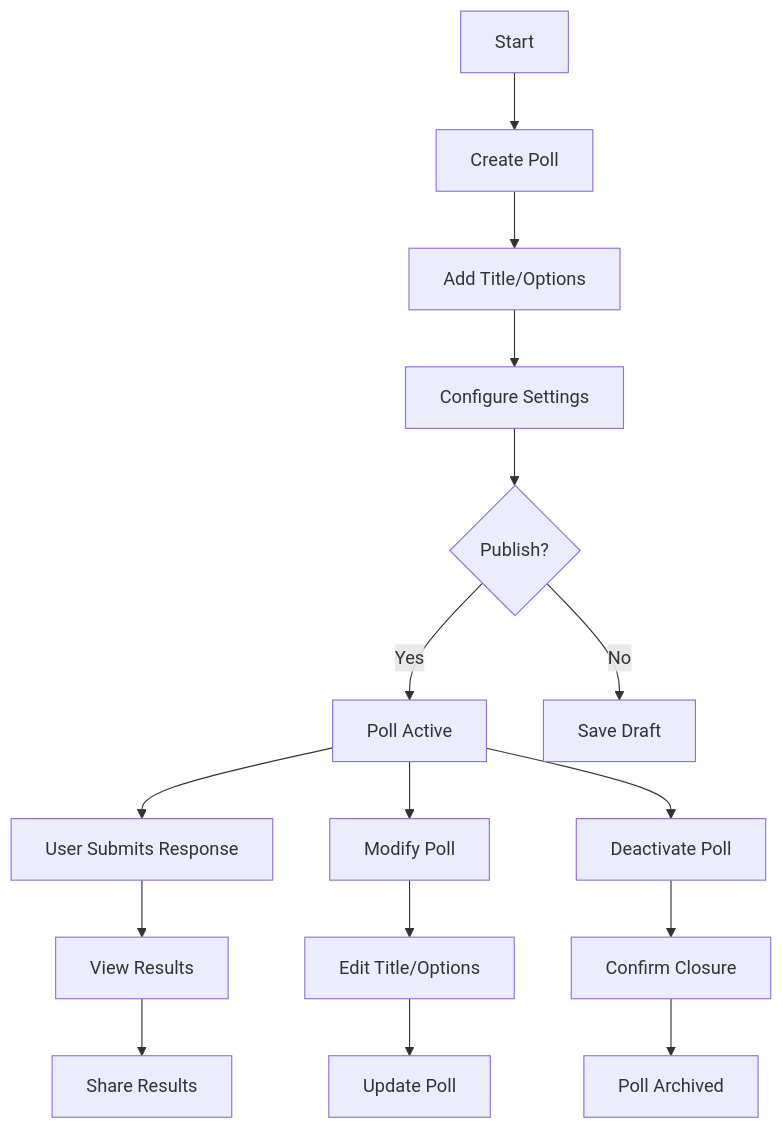
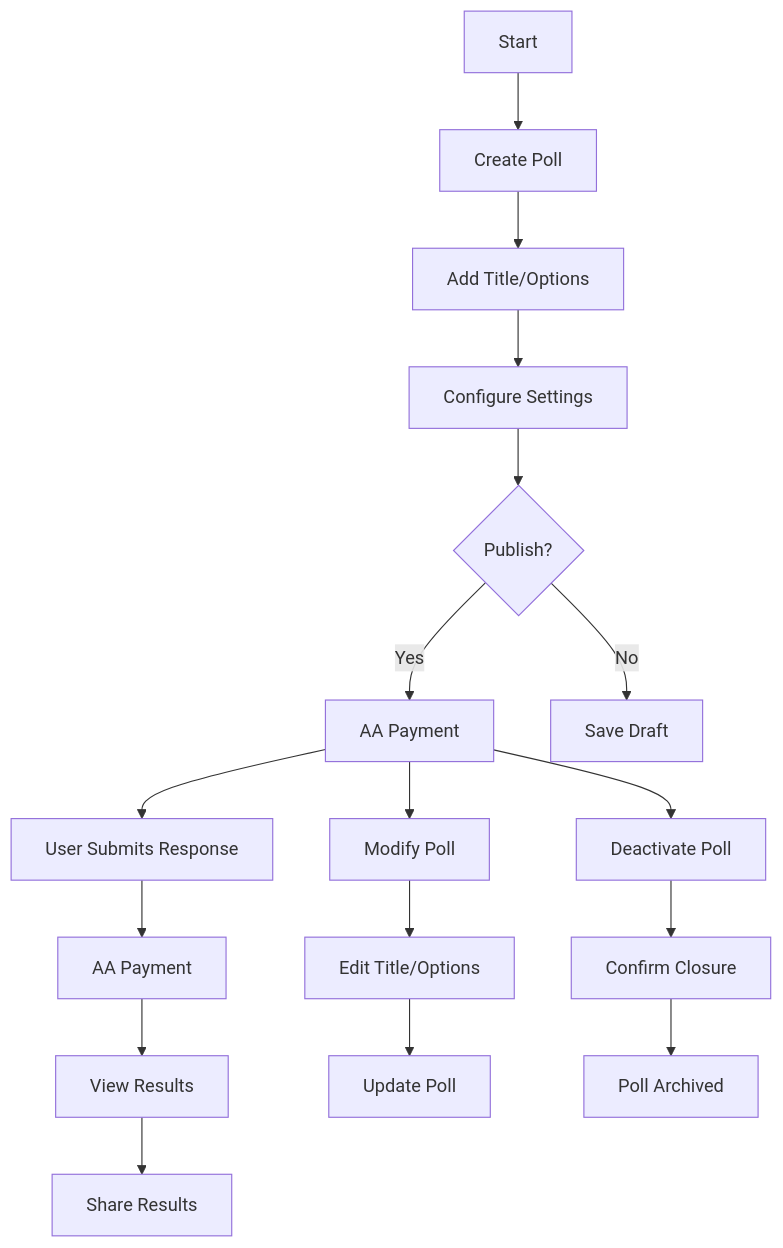
The second of 2 diagrams in README.md (dpolls/dpolls), drawn with Mermaid before and after one commit.

````diff
--- a/README.md
+++ b/README.md
@@ -41,21 +41,22 @@
 ```mermaid
 flowchart TD
     A[Start] --> B[Create Poll]
     B --> B1[Add Title/Options]
     B1 --> B2[Configure Settings]
     B2 --> B3{Publish?}
-    B3 -->|Yes| C[Poll Active]
+    B3 -->|Yes| C[AA Payment]
     B3 -->|No| D[Save Draft]
 
     C --> E[User Submits Response]
-    E --> F[View Results]
+    E --> E1[AA Payment]
+    E1 --> F[View Results]
     F --> G[Share Results]
 
     C --> H[Modify Poll]
     H --> H1[Edit Title/Options]
     H1 --> H2[Update Poll]
 
     C --> I[Deactivate Poll]
     I --> I1[Confirm Closure]
     I1 --> J[Poll Archived]
 ```
````
